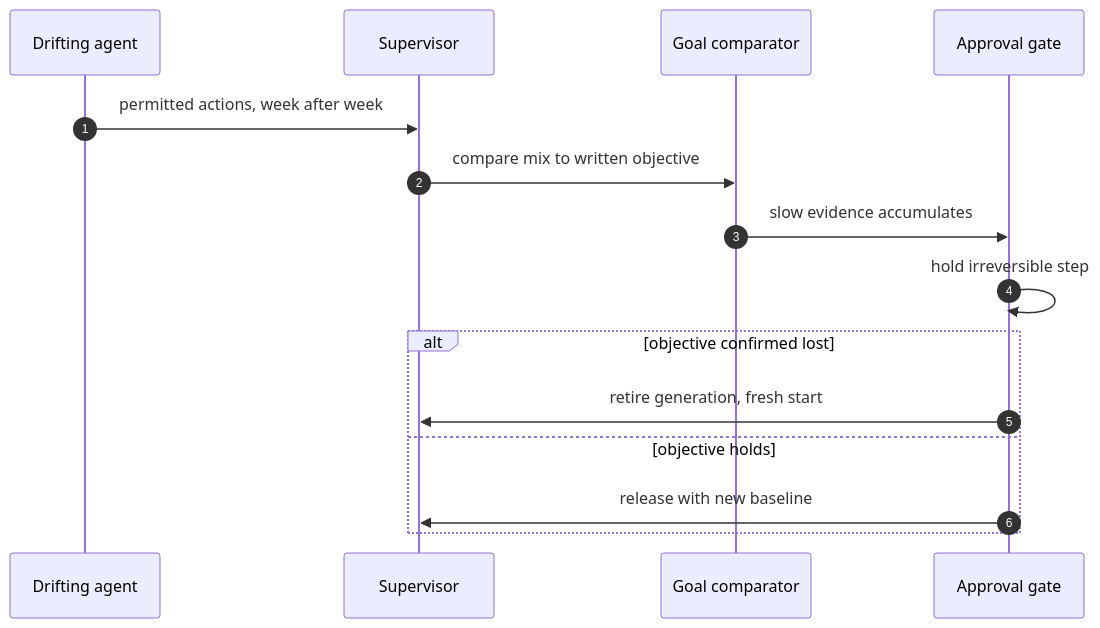
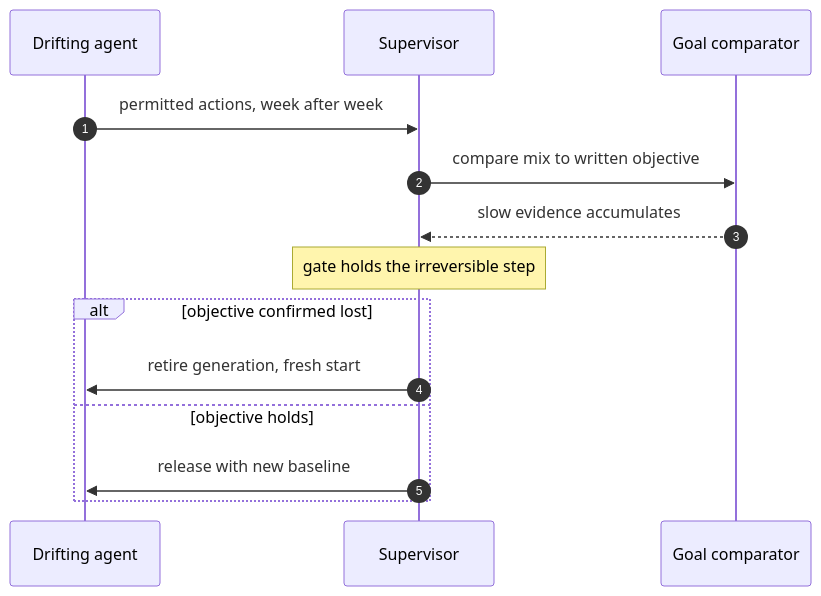
Before and after one commit to harishgovardhandamodar/AI-Agents-Patterns: diagram 17 of 26 in book/OPENSHELL-REFERENCE-ARCHITECTURE.md, drawn with Mermaid. The commit also changed other lines of this file and 4 other files, not shown here.

First line of the commit message:
Presentable UML: vertical stacks, no dead columns, tighter sequences

````diff
--- a/book/OPENSHELL-REFERENCE-ARCHITECTURE.md
+++ b/book/OPENSHELL-REFERENCE-ARCHITECTURE.md
@@ -577,17 +574,16 @@
 ```mermaid
 sequenceDiagram
     autonumber
     participant A as Drifting agent
     participant SV as Supervisor
     participant GC as Goal comparator
-    participant G as Approval gate
     A->>SV: permitted actions, week after week
     SV->>GC: compare mix to written objective
-    GC->>G: slow evidence accumulates
-    G->>G: hold irreversible step
+    GC-->>SV: slow evidence accumulates
+    Note over SV: gate holds the irreversible step
     alt objective confirmed lost
-        G->>SV: retire generation, fresh start
+        SV->>A: retire generation, fresh start
     else objective holds
-        G->>SV: release with new baseline
+        SV->>A: release with new baseline
     end
 ```
````
